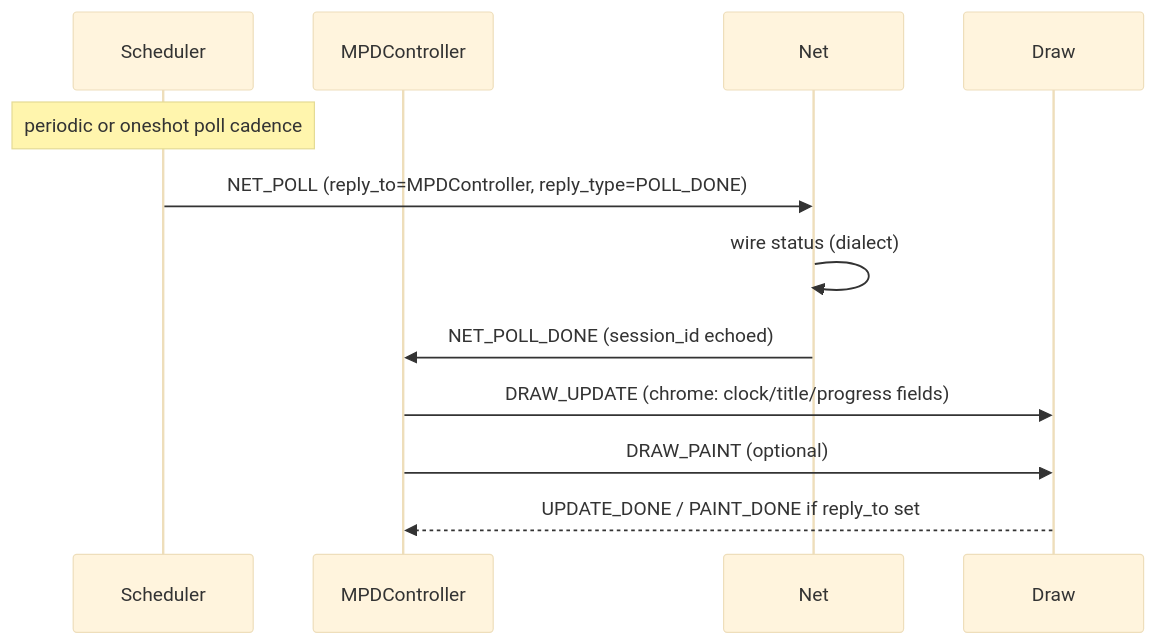
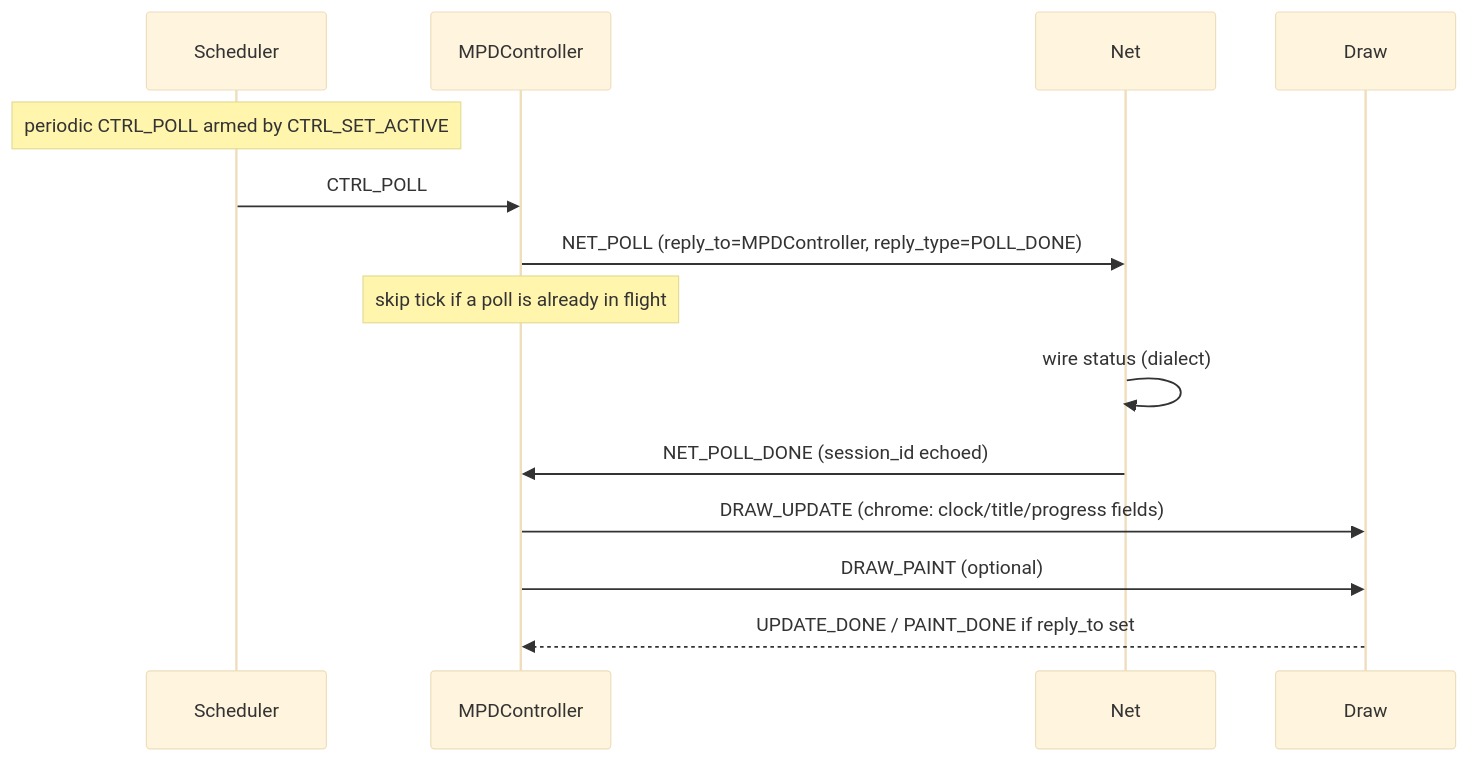
Before and after one commit to jovlinger/utils: the second of 6 diagrams in spinme/EXPOSITION.md, drawn with Mermaid (base theme). The commit also changed other lines of this file and 12 other files, not shown here.

````diff
--- a/spinme/EXPOSITION.md
+++ b/spinme/EXPOSITION.md
@@ -433,15 +450,17 @@
 ```mermaid
 sequenceDiagram
   participant Sch as Scheduler
   participant MPD as MPDController
   participant Net as Net
   participant Draw as Draw
 
-  Note over Sch: periodic or oneshot poll cadence
-  Sch->>Net: NET_POLL (reply_to=MPDController, reply_type=POLL_DONE)
+  Note over Sch: periodic CTRL_POLL armed by CTRL_SET_ACTIVE
+  Sch->>MPD: CTRL_POLL
+  MPD->>Net: NET_POLL (reply_to=MPDController, reply_type=POLL_DONE)
+  Note over MPD: skip tick if a poll is already in flight
   Net->>Net: wire status (dialect)
   Net->>MPD: NET_POLL_DONE (session_id echoed)
   MPD->>Draw: DRAW_UPDATE (chrome: clock/title/progress fields)
   MPD->>Draw: DRAW_PAINT (optional)
   Draw-->>MPD: UPDATE_DONE / PAINT_DONE if reply_to set
 ```
````
